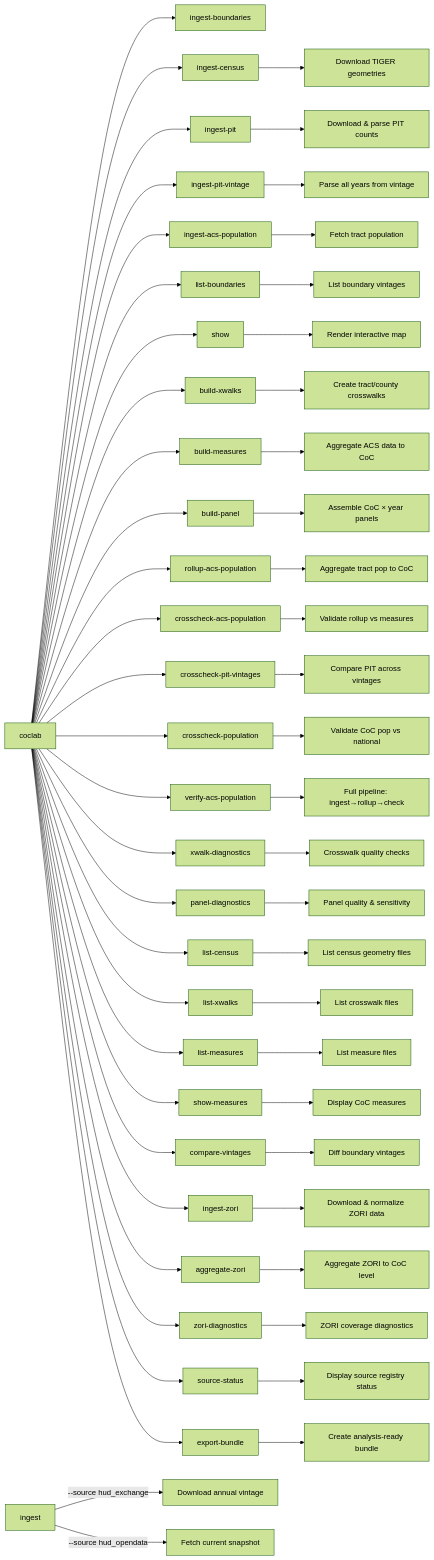
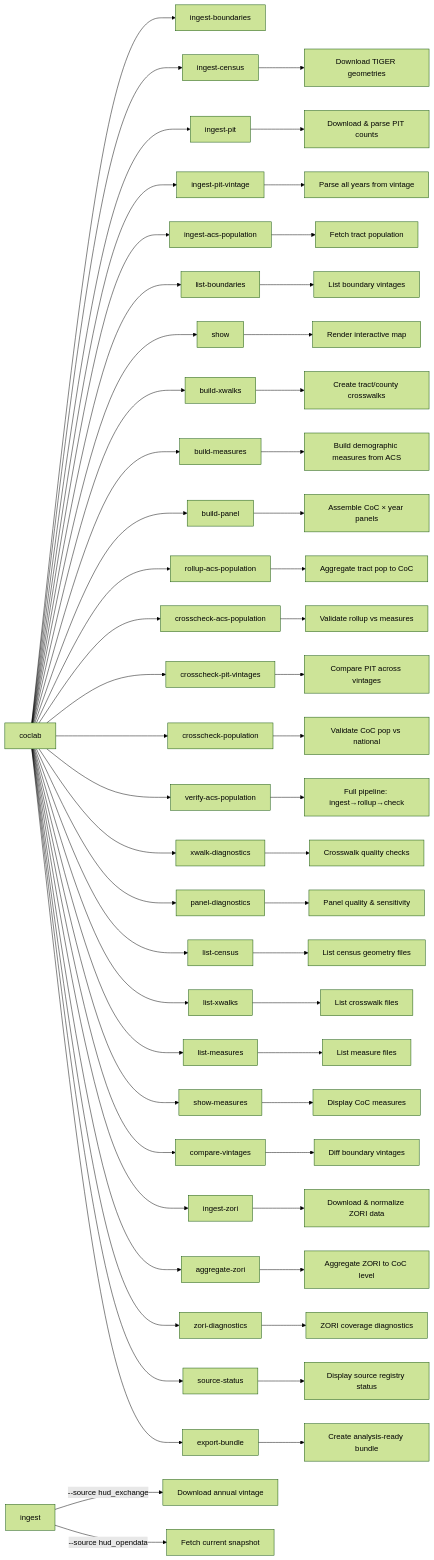
Before and after one commit to mlmcconnell1/CoC-Lab: the diagram in manual-obsidian/04-CLI-Reference.md, drawn with Mermaid (forest theme). The commit also changed other lines of this file and 1 other file, not shown here.

First line of the commit message:
Clarify build-measures CLI help text

````diff
--- a/manual-obsidian/04-CLI-Reference.md
+++ b/manual-obsidian/04-CLI-Reference.md
@@ -7,59 +7,59 @@
 ```mermaid
 flowchart LR
     coclab --> ingest-boundaries
     coclab --> ingest-census
     coclab --> ingest-pit
     coclab --> ingest-pit-vintage
     coclab --> ingest-acs-population
     coclab --> list-boundaries
     coclab --> show
     coclab --> build-xwalks
     coclab --> build-measures
     coclab --> build-panel
     coclab --> rollup-acs-population
     coclab --> crosscheck-acs-population
     coclab --> crosscheck-pit-vintages
     coclab --> crosscheck-population
     coclab --> verify-acs-population
     coclab --> xwalk-diagnostics
     coclab --> panel-diagnostics
     coclab --> list-census
     coclab --> list-xwalks
     coclab --> list-measures
     coclab --> show-measures
     coclab --> compare-vintages
     coclab --> ingest-zori
     coclab --> aggregate-zori
     coclab --> zori-diagnostics
     coclab --> source-status
     coclab --> export-bundle
 
     ingest --> |"--source hud_exchange"| HUD_EX[Download annual vintage]
     ingest --> |"--source hud_opendata"| HUD_OD[Fetch current snapshot]
     ingest-census --> TIGER[Download TIGER geometries]
     ingest-pit --> PIT[Download & parse PIT counts]
     ingest-pit-vintage --> PITVINT[Parse all years from vintage]
     ingest-acs-population --> ACSPOP[Fetch tract population]
     list-boundaries --> LIST[List boundary vintages]
     show --> MAP[Render interactive map]
     build-xwalks --> XWALK[Create tract/county crosswalks]
-    build-measures --> MEAS[Aggregate ACS data to CoC]
+    build-measures --> MEAS[Build demographic measures from ACS]
     build-panel --> PANEL[Assemble CoC × year panels]
     rollup-acs-population --> ROLLUP[Aggregate tract pop to CoC]
     crosscheck-acs-population --> XCHECK[Validate rollup vs measures]
     crosscheck-pit-vintages --> PITXCHECK[Compare PIT across vintages]
     crosscheck-population --> POPCHECK[Validate CoC pop vs national]
     verify-acs-population --> VERIFY[Full pipeline: ingest→rollup→check]
     ingest-zori --> ZORI_ING[Download & normalize ZORI data]
     aggregate-zori --> ZORI_AGG[Aggregate ZORI to CoC level]
     zori-diagnostics --> ZORI_DIAG[ZORI coverage diagnostics]
     xwalk-diagnostics --> DIAG[Crosswalk quality checks]
     panel-diagnostics --> PDIAG[Panel quality & sensitivity]
     list-census --> LCENSUS[List census geometry files]
     list-xwalks --> LXWALK[List crosswalk files]
     list-measures --> LMEAS[List measure files]
     show-measures --> SMEAS[Display CoC measures]
     compare-vintages --> COMP[Diff boundary vintages]
     source-status --> SRCSTAT[Display source registry status]
     export-bundle --> EXPORT[Create analysis-ready bundle]
 ```
````
